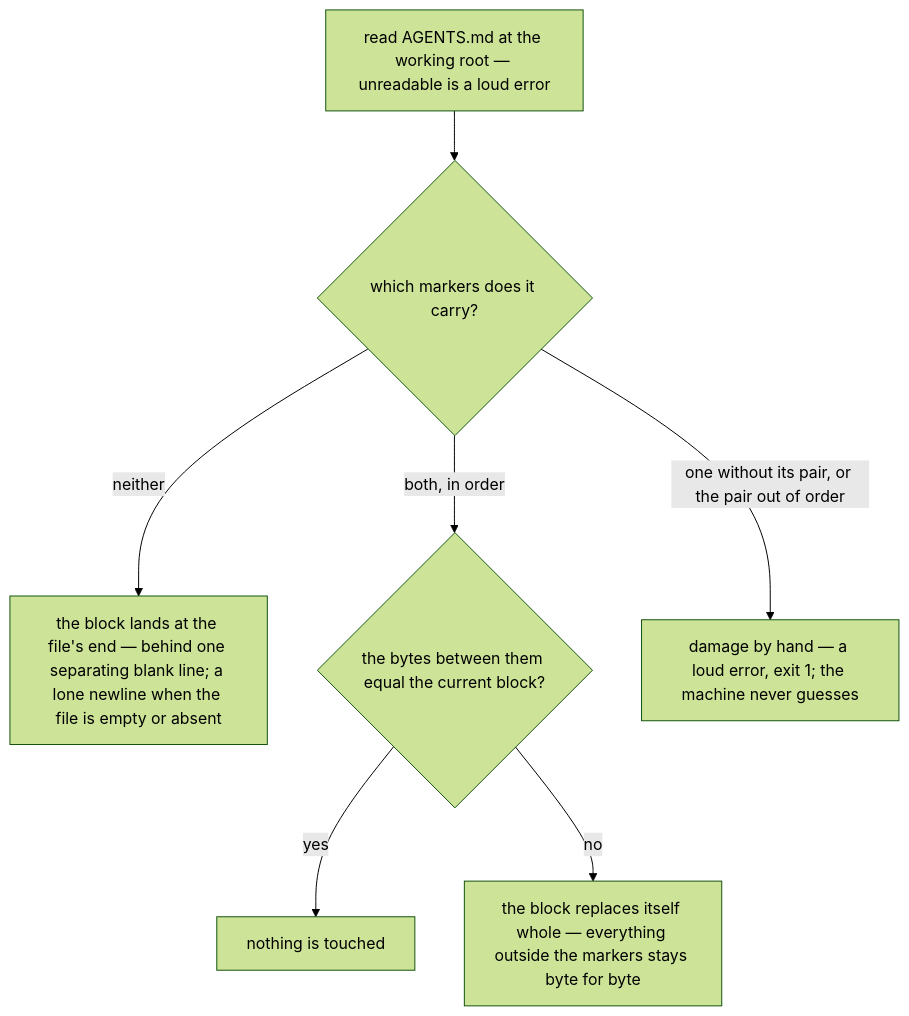
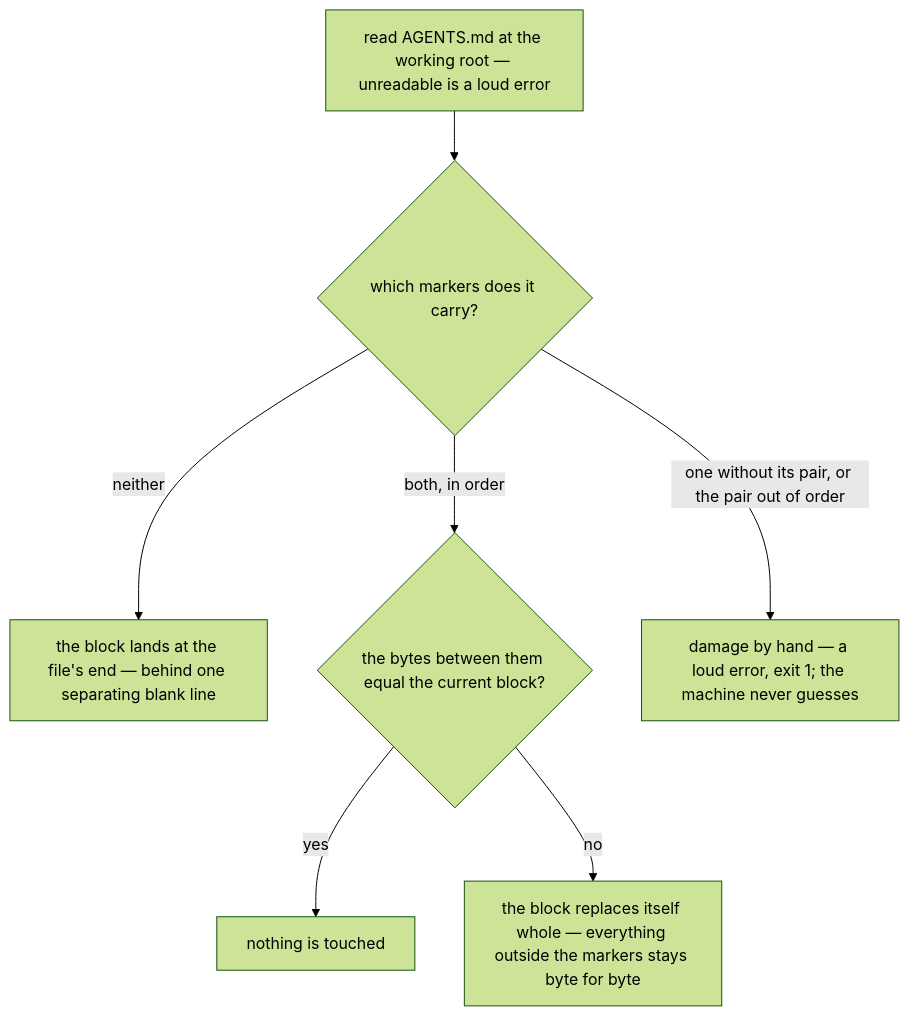
The eighth of 9 diagrams in docs/ARCHITECTURE.md (neurophant/punchtape), drawn with Mermaid (forest theme) before and after one commit. The commit also changed other lines of this file and 80 other files, not shown here.

````diff
--- a/docs/ARCHITECTURE.md
+++ b/docs/ARCHITECTURE.md
@@ -560,9 +763,9 @@
 ```mermaid
 flowchart TD
     R["read AGENTS.md at the working root — unreadable is a loud error"] --> M{"which markers does it carry?"}
-    M -- "neither" --> APP["the block lands at the file's end — behind one separating blank line; a lone newline when the file is empty or absent"]
+    M -- "neither" --> APP["the block lands at the file's end — behind one separating blank line"]
     M -- "both, in order" --> EQ{"the bytes between them equal the current block?"}
     EQ -- "yes" --> NOP["nothing is touched"]
     EQ -- "no" --> REP["the block replaces itself whole — everything outside the markers stays byte for byte"]
     M -- "one without its pair, or the pair out of order" --> ERR["damage by hand — a loud error, exit 1; the machine never guesses"]
 ```
````
